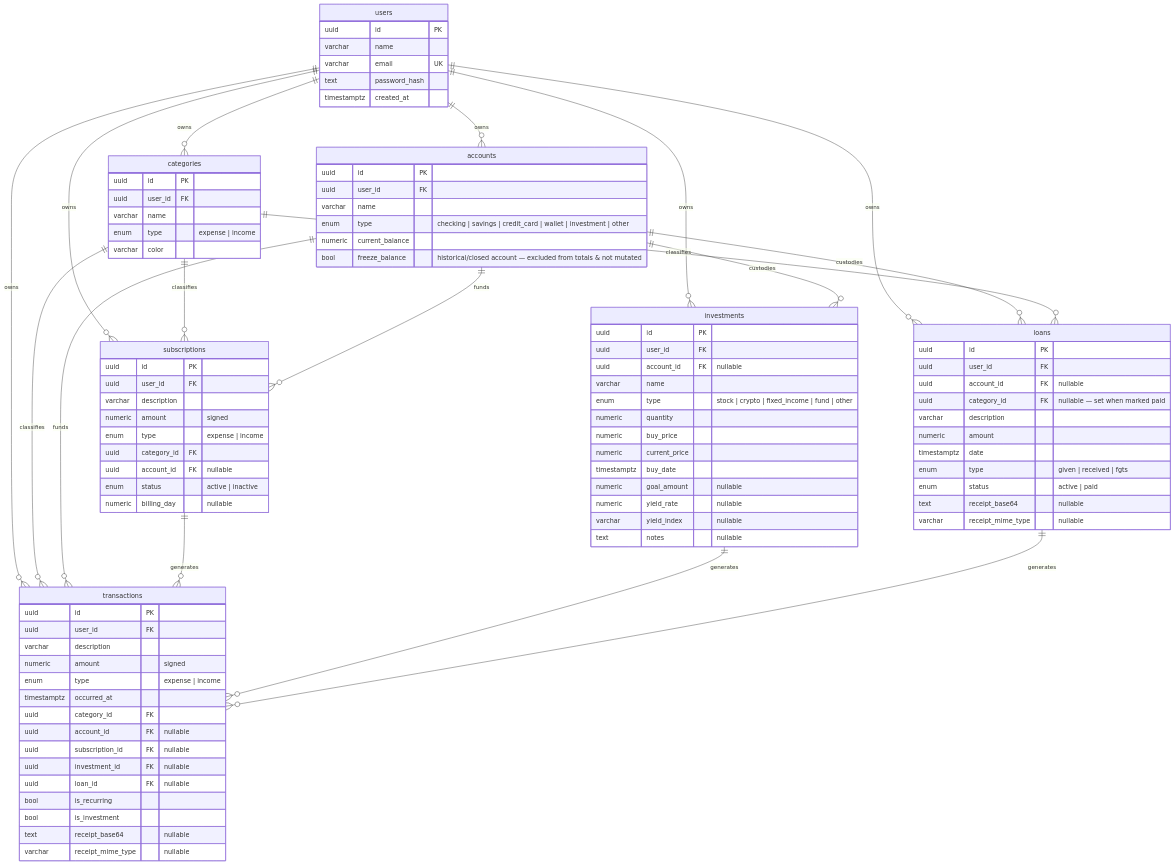
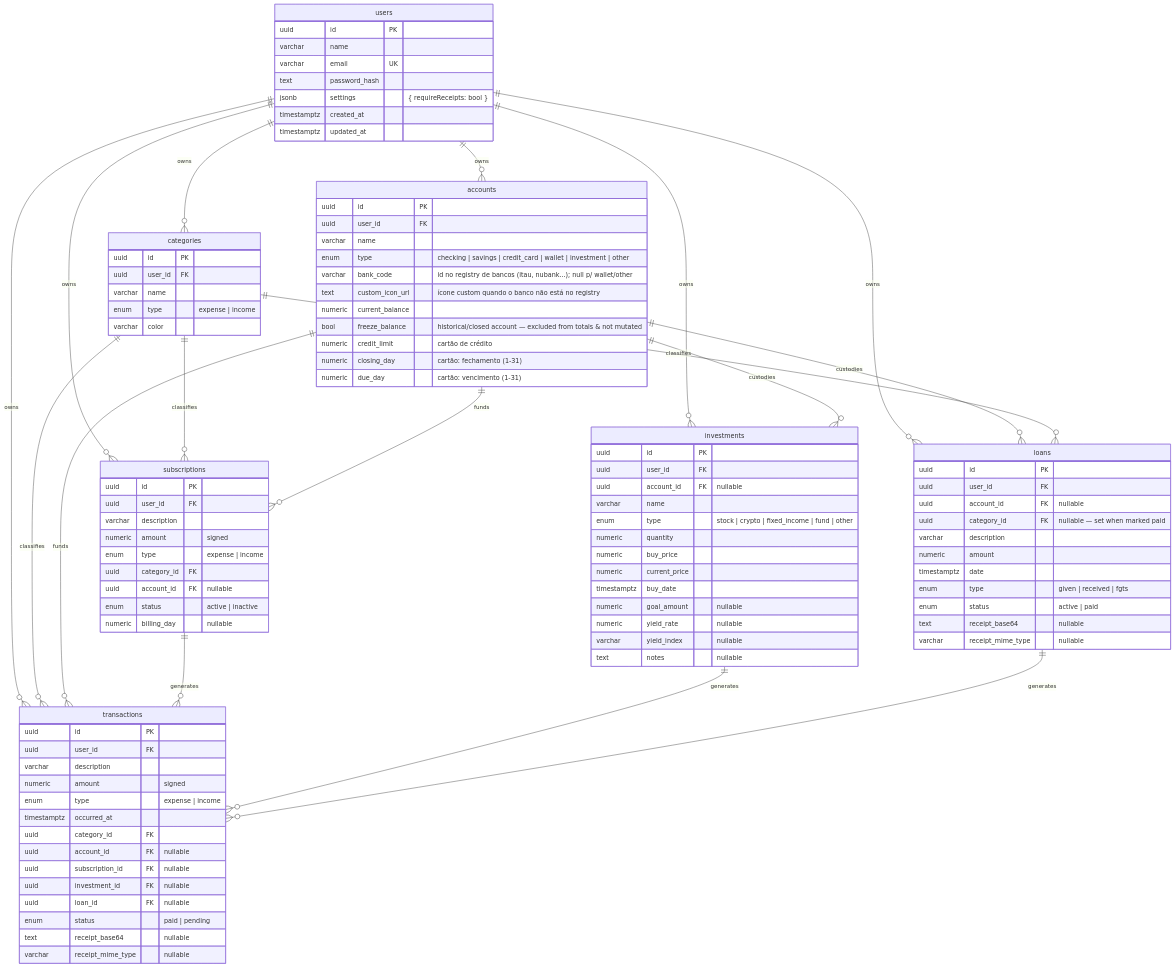
The diagram in AI_context/data-model.md (moablive/LBS_MoneyAPP), drawn with Mermaid before and after one commit. The commit also changed 8 other files, not shown here.

```diff
--- a/AI_context/data-model.md
+++ b/AI_context/data-model.md
@@ -29,7 +29,9 @@
     varchar name
     varchar email UK
     text password_hash
+    jsonb settings "{ requireReceipts: bool }"
     timestamptz created_at
+    timestamptz updated_at
   }
 
   categories {
@@ -45,8 +47,13 @@
     uuid user_id FK
     varchar name
     enum type "checking | savings | credit_card | wallet | investment | other"
+    varchar bank_code "id no registry de bancos (itau, nubank...); null p/ wallet/other"
+    text custom_icon_url "ícone custom quando o banco não está no registry"
     numeric current_balance
     bool freeze_balance "historical/closed account — excluded from totals & not mutated"
+    numeric credit_limit "cartão de crédito"
+    numeric closing_day "cartão: fechamento (1-31)"
+    numeric due_day "cartão: vencimento (1-31)"
   }
 
   transactions {
@@ -61,8 +68,7 @@
     uuid subscription_id FK "nullable"
     uuid investment_id FK "nullable"
     uuid loan_id FK "nullable"
-    bool is_recurring
-    bool is_investment
+    enum status "paid | pending"
     text receipt_base64 "nullable"
     varchar receipt_mime_type "nullable"
   }
```
